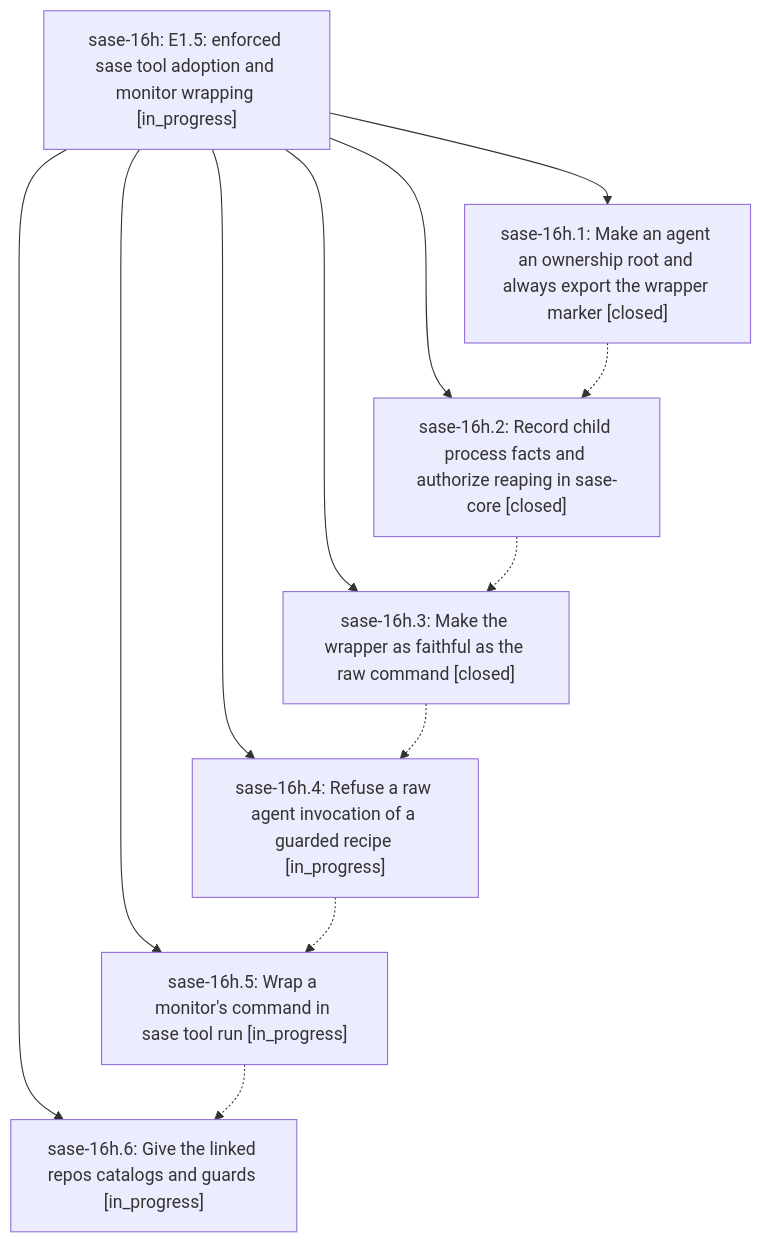
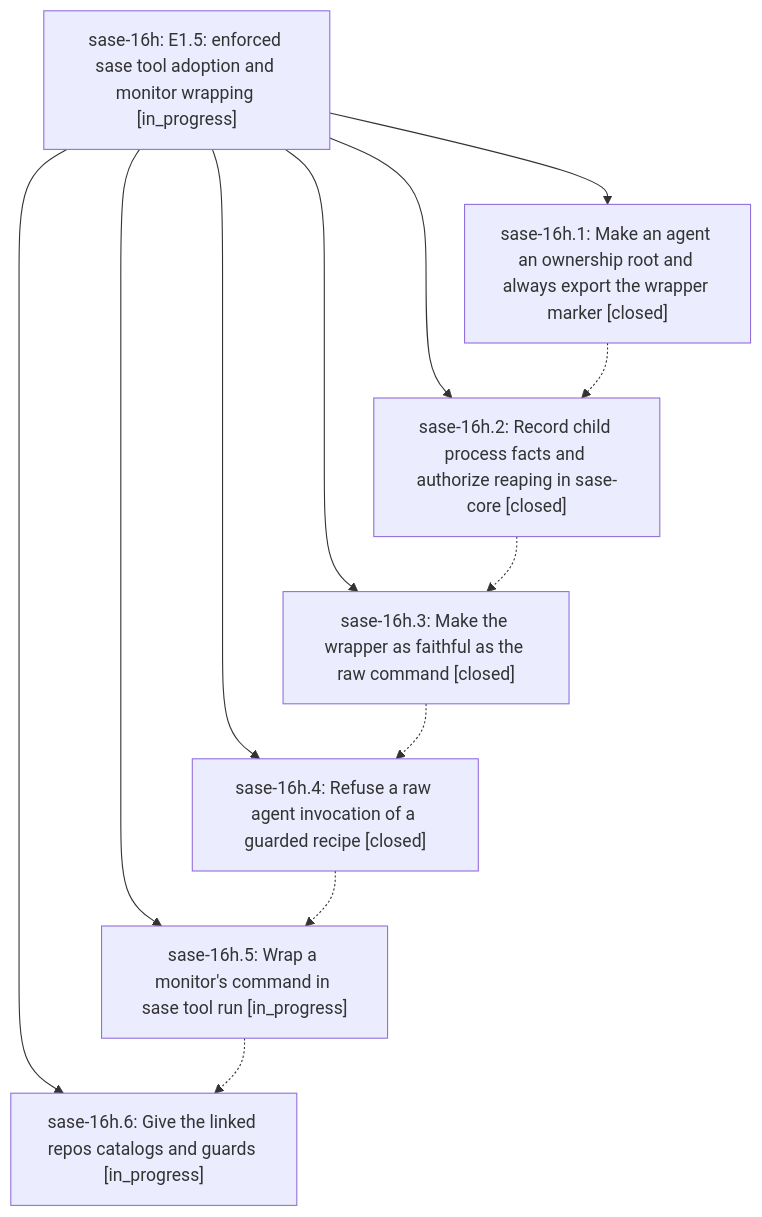
One commit to sase-org/sase--beads changed the diagram in pages/sase-16h/README.md. Above: the diagram before and after it, drawn with Mermaid. The commit also changed other lines of this file and 3 other files, not shown here.

````diff
--- a/pages/sase-16h/README.md
+++ b/pages/sase-16h/README.md
@@ -27,21 +31,21 @@
 ```mermaid
 flowchart TD
     n0["sase-16h: E1.5: enforced sase tool adoption and monitor wrapping [in_progress]"]
     n1["sase-16h.1: Make an agent an ownership root and always export the wrapper marker [closed]"]
     n2["sase-16h.2: Record child process facts and authorize reaping in sase-core [closed]"]
     n3["sase-16h.3: Make the wrapper as faithful as the raw command [closed]"]
-    n4["sase-16h.4: Refuse a raw agent invocation of a guarded recipe [in_progress]"]
+    n4["sase-16h.4: Refuse a raw agent invocation of a guarded recipe [closed]"]
     n5["sase-16h.5: Wrap a monitor's command in sase tool run [in_progress]"]
     n6["sase-16h.6: Give the linked repos catalogs and guards [in_progress]"]
     n0 --> n1
     n0 --> n2
     n0 --> n3
     n0 --> n4
     n0 --> n5
     n0 --> n6
     n1 -.-> n2
     n2 -.-> n3
     n3 -.-> n4
     n4 -.-> n5
     n5 -.-> n6
 ```
````
